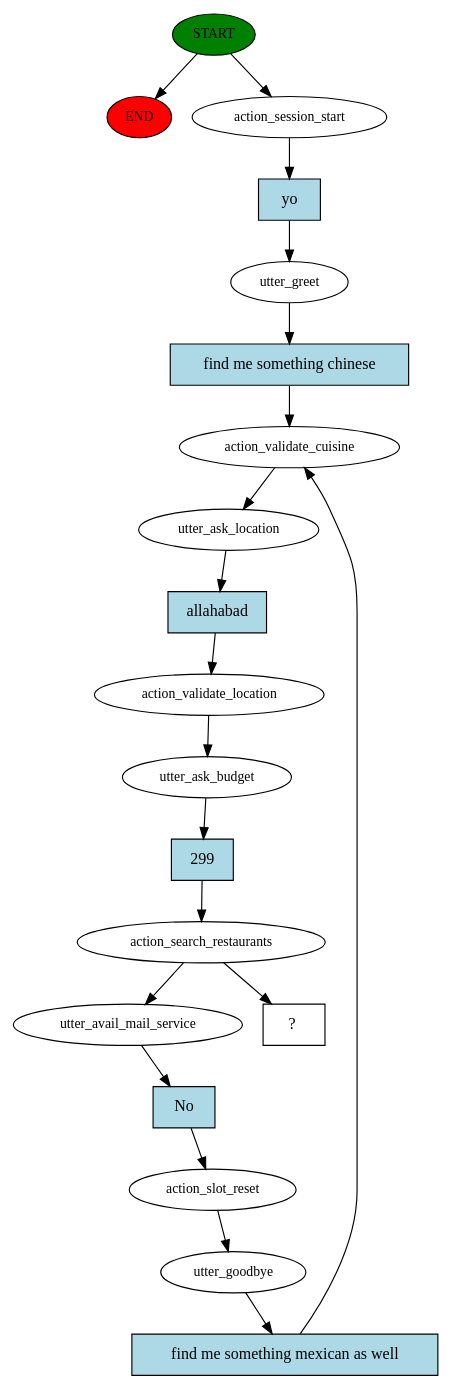
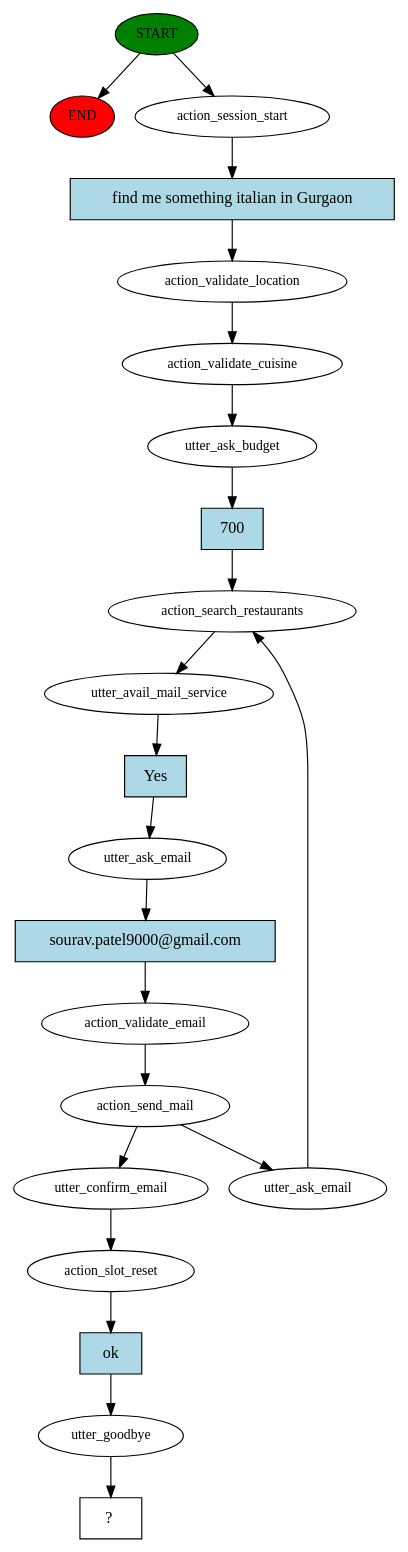
The diagram in story_graph.dot (thegreatluka/zomato-bot), drawn with Graphviz before and after one commit. The commit also changed 5 other files, not shown here.

```diff
--- a/story_graph.dot
+++ b/story_graph.dot
@@ -1,40 +1,44 @@
 digraph  {
 0 [class="start active", fillcolor=green, fontsize=12, label=START, style=filled];
 "-1" [class=end, fillcolor=red, fontsize=12, label=END, style=filled];
 1 [class=active, fontsize=12, label=action_session_start];
-2 [class=active, fontsize=12, label=utter_greet];
+2 [class=active, fontsize=12, label=action_validate_location];
 3 [class=active, fontsize=12, label=action_validate_cuisine];
-4 [class=active, fontsize=12, label=utter_ask_location];
-5 [class=active, fontsize=12, label=action_validate_location];
-6 [class=active, fontsize=12, label=utter_ask_budget];
-7 [class=active, fontsize=12, label=action_search_restaurants];
-8 [class=active, fontsize=12, label=utter_avail_mail_service];
-9 [class=active, fontsize=12, label=action_slot_reset];
-10 [class=active, fontsize=12, label=utter_goodbye];
-16 [class="intent dashed active", label="  ?  ", shape=rect];
-17 [class="intent active", fillcolor=lightblue, label=yo, shape=rect, style=filled];
-18 [class="intent active", fillcolor=lightblue, label="find me something chinese", shape=rect, style=filled];
-19 [class="intent active", fillcolor=lightblue, label=allahabad, shape=rect, style=filled];
-20 [class="intent active", fillcolor=lightblue, label=299, shape=rect, style=filled];
-21 [class="intent active", fillcolor=lightblue, label=No, shape=rect, style=filled];
-22 [class="intent active", fillcolor=lightblue, label="find me something mexican as well", shape=rect, style=filled];
+4 [class=active, fontsize=12, label=utter_ask_budget];
+5 [class=active, fontsize=12, label=action_search_restaurants];
+6 [class=active, fontsize=12, label=utter_avail_mail_service];
+7 [class=active, fontsize=12, label=utter_ask_email];
+8 [class=active, fontsize=12, label=action_validate_email];
+9 [class=active, fontsize=12, label=action_send_mail];
+10 [class=active, fontsize=12, label=utter_ask_email];
+16 [class=active, fontsize=12, label=utter_confirm_email];
+17 [class=active, fontsize=12, label=action_slot_reset];
+18 [class=active, fontsize=12, label=utter_goodbye];
+19 [class="intent dashed active", label="  ?  ", shape=rect];
+20 [class="intent active", fillcolor=lightblue, label="find me something italian in Gurgaon", shape=rect, style=filled];
+21 [class="intent active", fillcolor=lightblue, label=700, shape=rect, style=filled];
+22 [class="intent active", fillcolor=lightblue, label=Yes, shape=rect, style=filled];
+23 [class="intent active", fillcolor=lightblue, label="sourav.patel9000@gmail.com", shape=rect, style=filled];
+24 [class="intent active", fillcolor=lightblue, label=ok, shape=rect, style=filled];
 0 -> "-1"  [class="", key=NONE, label=""];
 0 -> 1  [class=active, key=NONE, label=""];
-1 -> 17  [class=active, key=0];
-2 -> 18  [class=active, key=0];
+1 -> 20  [class=active, key=0];
+2 -> 3  [class=active, key=NONE, label=""];
 3 -> 4  [class=active, key=NONE, label=""];
-4 -> 19  [class=active, key=0];
+4 -> 21  [class=active, key=0];
 5 -> 6  [class=active, key=NONE, label=""];
-6 -> 20  [class=active, key=0];
-7 -> 8  [class=active, key=NONE, label=""];
-7 -> 16  [class=active, key=NONE, label=""];
-8 -> 21  [class=active, key=0];
+6 -> 22  [class=active, key=0];
+7 -> 23  [class=active, key=0];
+8 -> 9  [class=active, key=NONE, label=""];
 9 -> 10  [class=active, key=NONE, label=""];
-10 -> 22  [class=active, key=0];
-17 -> 2  [class=active, key=0];
-18 -> 3  [class=active, key=0];
-19 -> 5  [class=active, key=0];
-20 -> 7  [class=active, key=0];
-21 -> 9  [class=active, key=0];
-22 -> 3  [class=active, key=0];
+9 -> 16  [class=active, key=NONE, label=""];
+10 -> 5  [class=active, key=NONE, label=""];
+16 -> 17  [class=active, key=NONE, label=""];
+17 -> 24  [class=active, key=0];
+18 -> 19  [class=active, key=NONE, label=""];
+20 -> 2  [class=active, key=0];
+21 -> 5  [class=active, key=0];
+22 -> 7  [class=active, key=0];
+23 -> 8  [class=active, key=0];
+24 -> 18  [class=active, key=0];
 }
```
